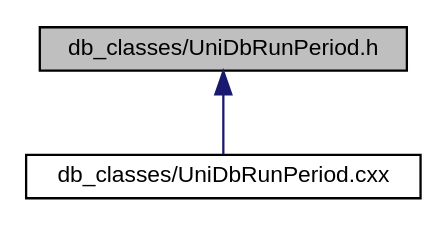
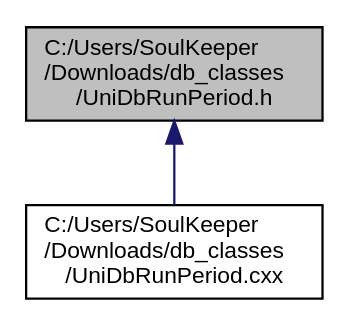
One commit to mam-mih-val/bmnroot changed the diagram in uni_db/docs/ref_man/_uni_db_run_period_8h__dep__incl.dot. Above: the diagram before and after it, drawn with Graphviz. The commit also changed 142 other files, not shown here.

```diff
--- a/uni_db/docs/ref_man/_uni_db_run_period_8h__dep__incl.dot
+++ b/uni_db/docs/ref_man/_uni_db_run_period_8h__dep__incl.dot
@@ -1,8 +1,8 @@
-digraph "db_classes/UniDbRunPeriod.h"
+digraph "C:/Users/SoulKeeper/Downloads/db_classes/UniDbRunPeriod.h"
 {
   edge [fontname="Helvetica",fontsize="10",labelfontname="Helvetica",labelfontsize="10"];
   node [fontname="Helvetica",fontsize="10",shape=record];
-  Node1 [label="db_classes/UniDbRunPeriod.h",height=0.2,width=0.4,color="black", fillcolor="grey75", style="filled", fontcolor="black"];
+  Node1 [label="C:/Users/SoulKeeper\l/Downloads/db_classes\l/UniDbRunPeriod.h",height=0.2,width=0.4,color="black", fillcolor="grey75", style="filled", fontcolor="black"];
   Node1 -> Node2 [dir="back",color="midnightblue",fontsize="10",style="solid",fontname="Helvetica"];
-  Node2 [label="db_classes/UniDbRunPeriod.cxx",height=0.2,width=0.4,color="black", fillcolor="white", style="filled",URL="$_uni_db_run_period_8cxx.html"];
+  Node2 [label="C:/Users/SoulKeeper\l/Downloads/db_classes\l/UniDbRunPeriod.cxx",height=0.2,width=0.4,color="black", fillcolor="white", style="filled",URL="$_uni_db_run_period_8cxx.html"];
 }
```
